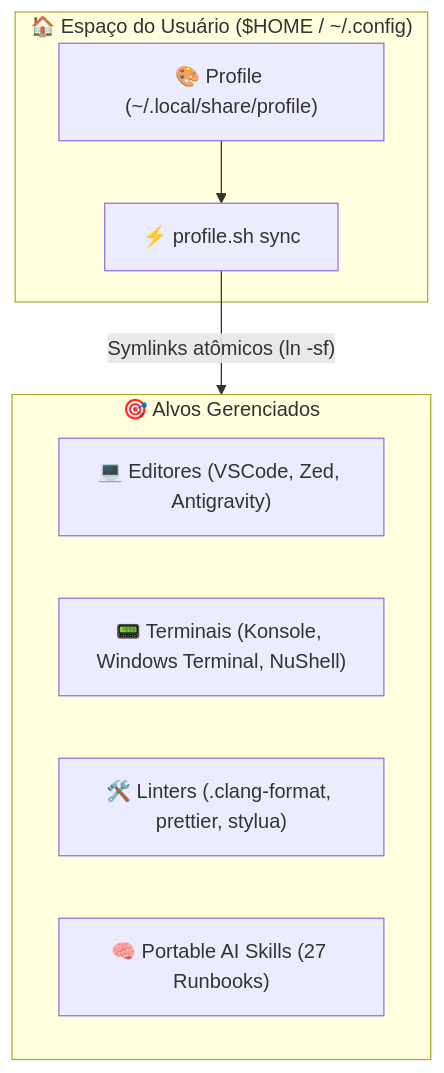
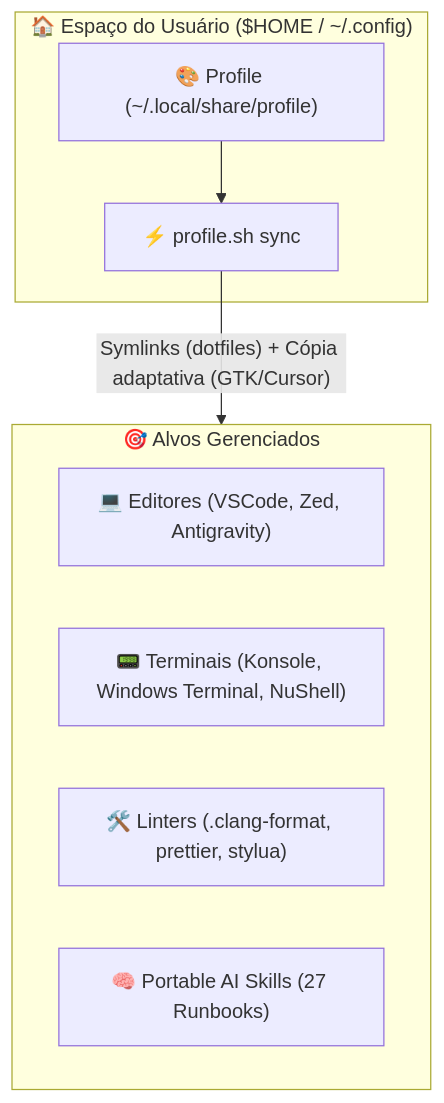
One commit to GabrielFrigo4/profile changed the diagram in README.md. Above: the diagram before and after it, drawn with Mermaid. The commit also changed other lines of this file and 6 other files, not shown here.

Commit message:
docs(profile): sync toolkit materialization and Shell architecture docs

````diff
--- a/README.md
+++ b/README.md
@@ -43,17 +43,17 @@
 ```mermaid
 flowchart TD
     subgraph HOME ["🏠 Espaço do Usuário ($HOME / ~/.config)"]
         PR_REPO["🎨 Profile (~/.local/share/profile)"]
         SYNC["⚡ profile.sh sync"]
     end
 
     subgraph TARGETS ["🎯 Alvos Gerenciados"]
         ED["💻 Editores (VSCode, Zed, Antigravity)"]
         TR["📟 Terminais (Konsole, Windows Terminal, NuShell)"]
         TL["🛠️ Linters (.clang-format, prettier, stylua)"]
         SK["🧠 Portable AI Skills (27 Runbooks)"]
     end
 
     PR_REPO --> SYNC
-    SYNC -->|"Symlinks atômicos (ln -sf)"| TARGETS
+    SYNC -->|"Symlinks (dotfiles) + Cópia adaptativa (GTK/Cursor)"| TARGETS
 ```
````
